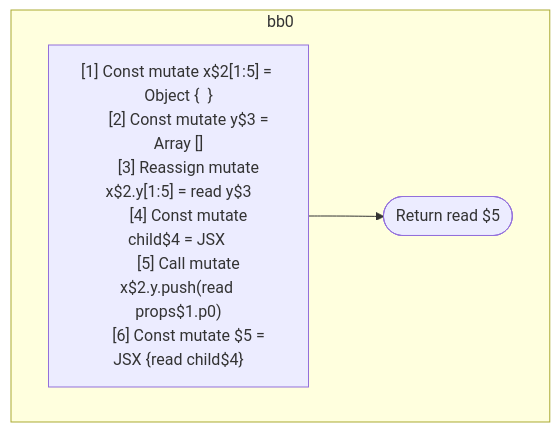
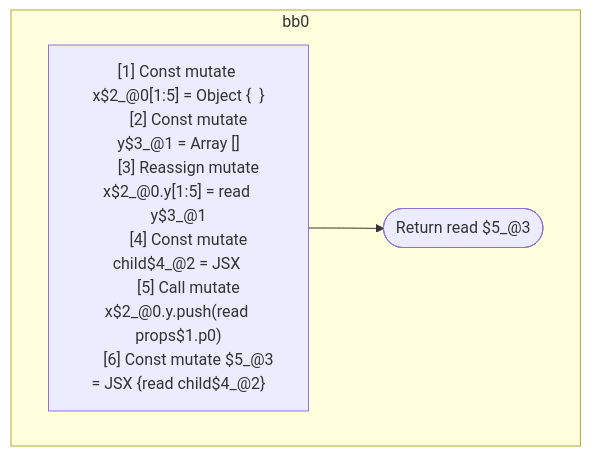
One commit to wutsmog/private changed the diagram in compiler/forget/src/__tests__/fixtures/hir/property-assignment.expect.md. Above: the diagram before and after it, drawn with Mermaid. The commit also changed other lines of this file and 60 other files, not shown here.

````diff
--- a/compiler/forget/src/__tests__/fixtures/hir/property-assignment.expect.md
+++ b/compiler/forget/src/__tests__/fixtures/hir/property-assignment.expect.md
@@ -31,18 +31,18 @@
 ```mermaid
 flowchart TB
   %% Basic Blocks
   subgraph bb0
     bb0_instrs["
-      [1] Const mutate x$2[1:5] = Object {  }
-      [2] Const mutate y$3 = Array []
-      [3] Reassign mutate x$2.y[1:5] = read y$3
-      [4] Const mutate child$4 = JSX <read Component$0 data={freeze y$3} ></read Component$0>
-      [5] Call mutate x$2.y.push(read props$1.p0)
-      [6] Const mutate $5 = JSX <read Component$0 data={freeze x$2} >{read child$4}</read Component$0>
+      [1] Const mutate x$2_@0[1:5] = Object {  }
+      [2] Const mutate y$3_@1 = Array []
+      [3] Reassign mutate x$2_@0.y[1:5] = read y$3_@1
+      [4] Const mutate child$4_@2 = JSX <read Component$0 data={freeze y$3_@1} ></read Component$0>
+      [5] Call mutate x$2_@0.y.push(read props$1.p0)
+      [6] Const mutate $5_@3 = JSX <read Component$0 data={freeze x$2_@0} >{read child$4_@2}</read Component$0>
     "]
-    bb0_instrs --> bb0_terminal(["Return read $5"])
+    bb0_instrs --> bb0_terminal(["Return read $5_@3"])
   end
 
   %% Jumps
   %% empty
 ```
````
